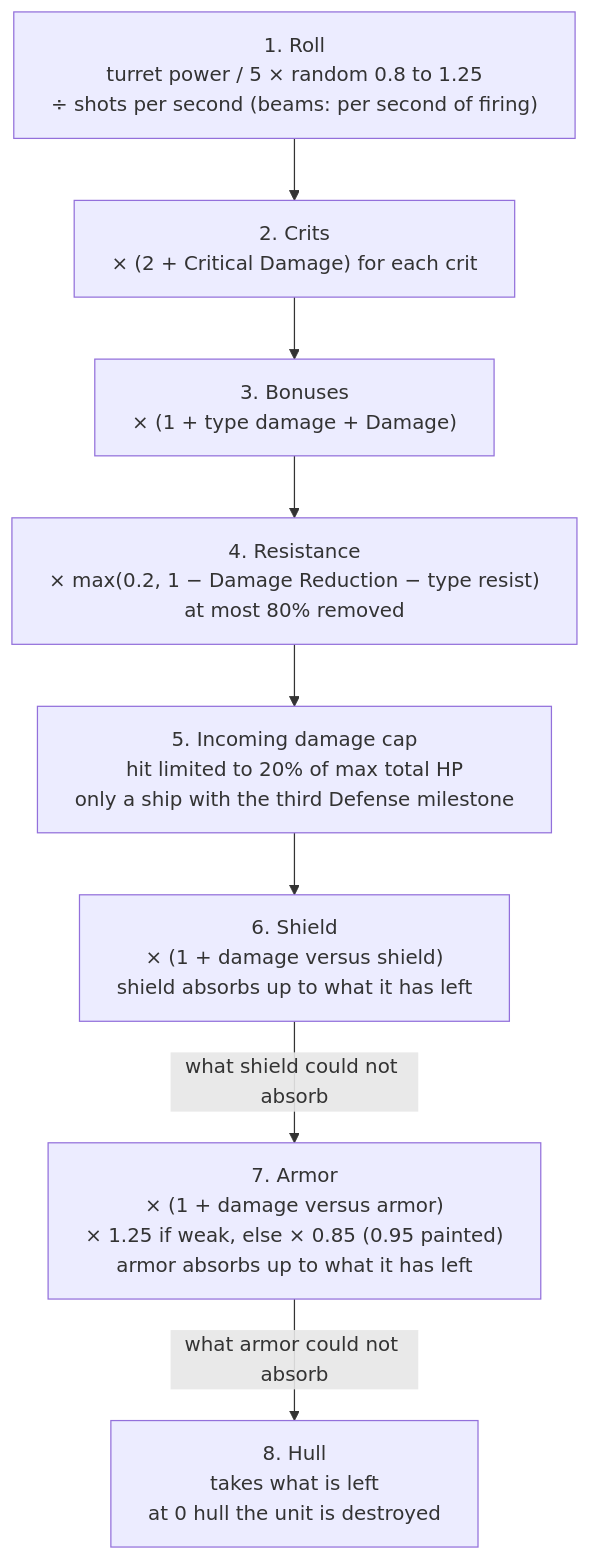
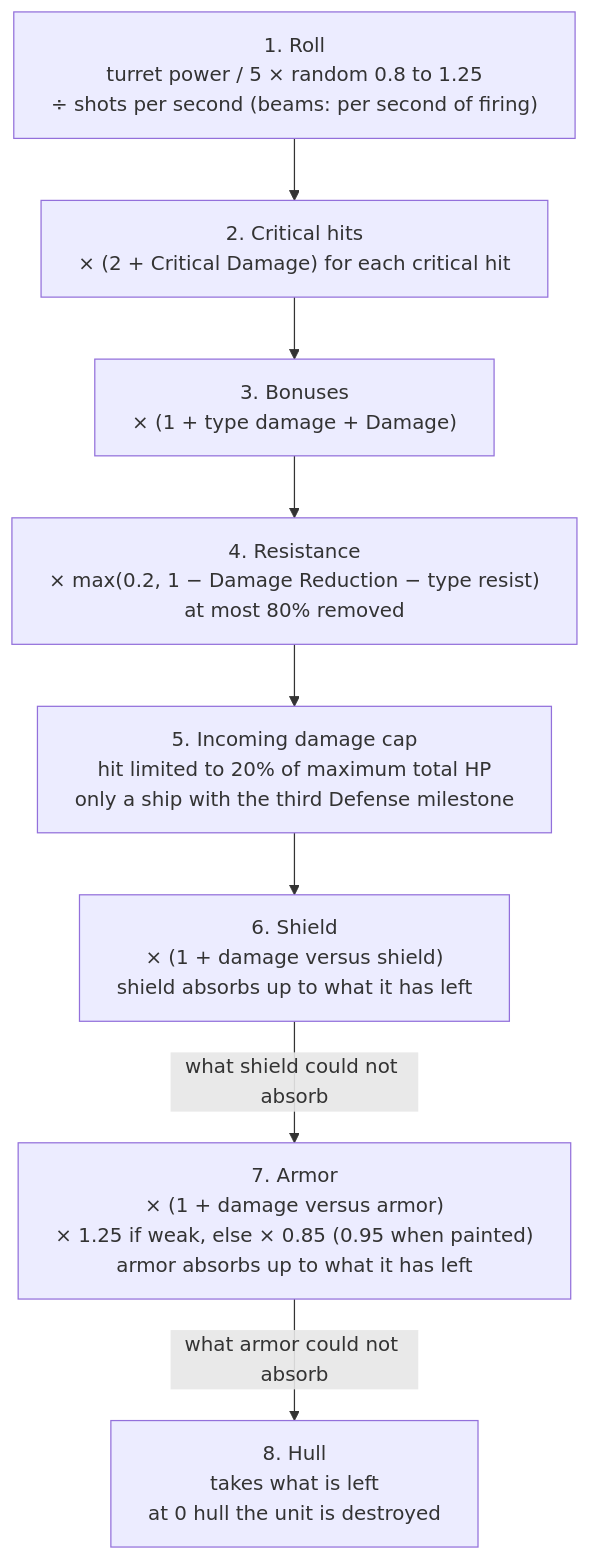
One commit to williammabernathy/Igi-s-QoL-Modpack changed the second of 3 diagrams in docs/mechanics/basics/combat-damage.md. Above: the diagram before and after it, drawn with Mermaid. The commit also changed other lines of this file and 194 other files, not shown here.

````diff
--- a/docs/mechanics/basics/combat-damage.md
+++ b/docs/mechanics/basics/combat-damage.md
@@ -159,19 +178,19 @@
 ```mermaid
 ---
 config:
   flowchart:
     wrappingWidth: 420
 ---
 flowchart TD
     A["1. Roll<br/>turret power / 5 × random 0.8 to 1.25<br/>÷ shots per second (beams: per second of firing)"]
-    B["2. Crits<br/>× (2 + Critical Damage) for each crit"]
+    B["2. Critical hits<br/>× (2 + Critical Damage) for each critical hit"]
     C["3. Bonuses<br/>× (1 + type damage + Damage)"]
     D["4. Resistance<br/>× max(0.2, 1 − Damage Reduction − type resist)<br/>at most 80% removed"]
-    E["5. Incoming damage cap<br/>hit limited to 20% of max total HP<br/>only a ship with the third Defense milestone"]
+    E["5. Incoming damage cap<br/>hit limited to 20% of maximum total HP<br/>only a ship with the third Defense milestone"]
     F["6. Shield<br/>× (1 + damage versus shield)<br/>shield absorbs up to what it has left"]
-    G["7. Armor<br/>× (1 + damage versus armor)<br/>× 1.25 if weak, else × 0.85 (0.95 painted)<br/>armor absorbs up to what it has left"]
+    G["7. Armor<br/>× (1 + damage versus armor)<br/>× 1.25 if weak, else × 0.85 (0.95 when painted)<br/>armor absorbs up to what it has left"]
     H["8. Hull<br/>takes what is left<br/>at 0 hull the unit is destroyed"]
     A --> B --> C --> D --> E --> F
     F -->|"what shield could not absorb"| G
     G -->|"what armor could not absorb"| H
 ```
````
